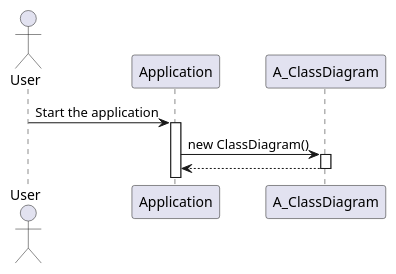
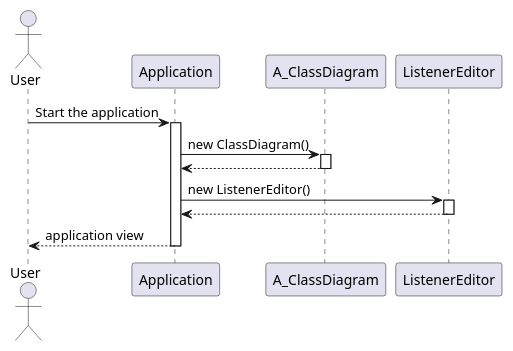
The diagram in src/com/github/tomap/uml/conception/sequenceDiagrams/intialization.puml (Phalexei/Modeleur), drawn with PlantUML before and after one commit. The commit also changed 1 other file, not shown here.

Commit message:
Diagrammes de séquences de conception

```diff
--- a/src/com/github/tomap/uml/conception/sequenceDiagrams/intialization.puml
+++ b/src/com/github/tomap/uml/conception/sequenceDiagrams/intialization.puml
@@ -1,14 +1,19 @@
 @startuml
     actor User as u
     participant Application as a
     participant A_ClassDiagram as Cd
+    participant ListenerEditor as le
     
     u -> a: Start the application
     activate a
     a -> Cd: new ClassDiagram()
     activate Cd
     Cd --> a
     deactivate Cd
-    
-
+    a -> le: new ListenerEditor()
+    activate le
+    le --> a
+    deactivate le
+    a --> u: application view
+    deactivate a
 @enduml
```
